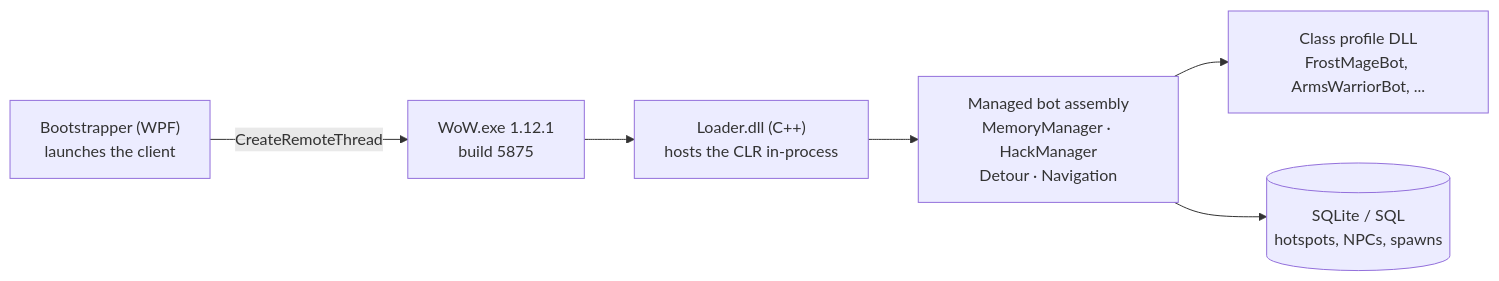
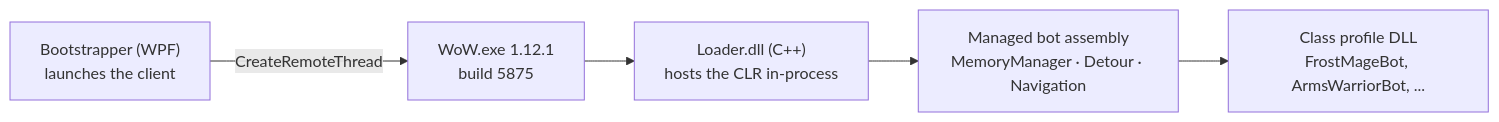
One commit to lrhodes404/wwow-devblog changed the diagram in _posts/2026-09-06-inheritance.md. Above: the diagram before and after it, drawn with Mermaid. The commit also changed other lines of this file and 55 other files, not shown here.

````diff
--- a/_posts/2026-09-06-inheritance.md
+++ b/_posts/2026-09-06-inheritance.md
@@ -41,8 +64,7 @@
 ```mermaid
 flowchart LR
   B["Bootstrapper (WPF)<br/>launches the client"] -->|"CreateRemoteThread"| W["WoW.exe 1.12.1<br/>build 5875"]
   W --> L["Loader.dll (C++)<br/>hosts the CLR in-process"]
-  L --> C["Managed bot assembly<br/>MemoryManager · HackManager<br/>Detour · Navigation"]
+  L --> C["Managed bot assembly<br/>MemoryManager · Detour · Navigation"]
   C --> P["Class profile DLL<br/>FrostMageBot, ArmsWarriorBot, ..."]
-  C --> D[("SQLite / SQL<br/>hotspots, NPCs, spawns")]
 ```
````
